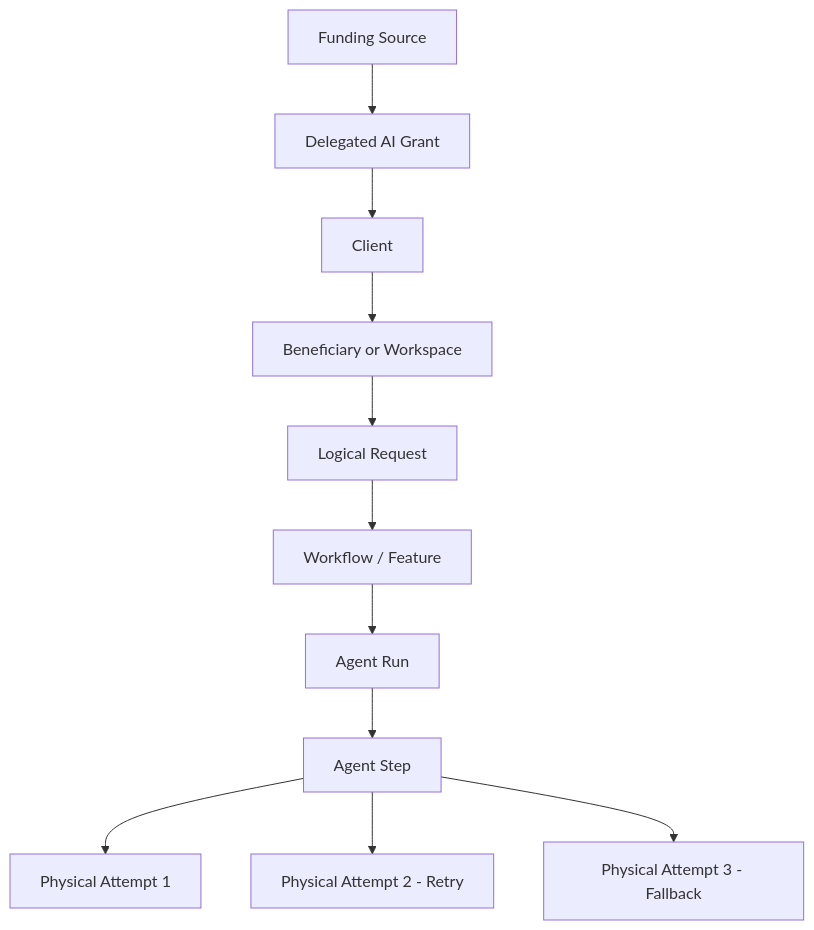
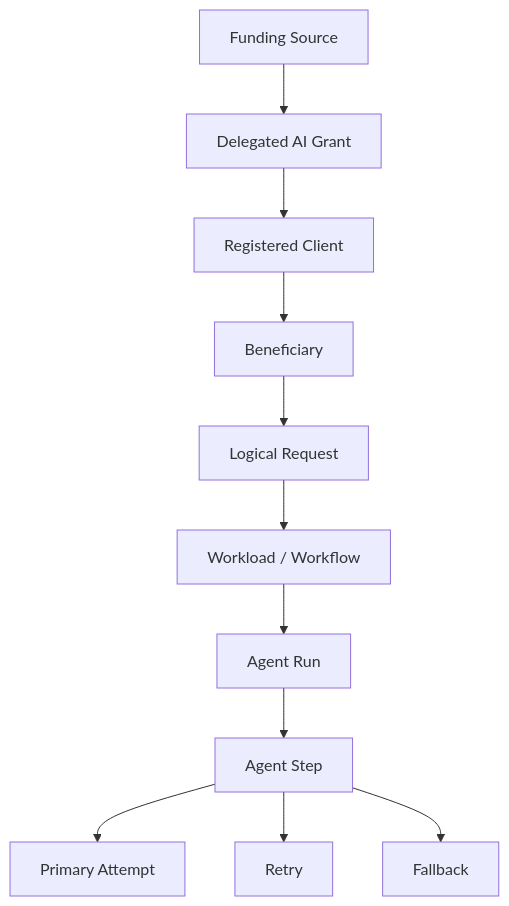
One commit to MJohnstonAI/ai-billing-delegation changed the second of 2 diagrams in README.md. Above: the diagram before and after it, drawn with Mermaid. The commit also changed other lines of this file, not shown here.

````diff
--- a/README.md
+++ b/README.md
@@ -120,13 +128,13 @@
 ```mermaid
 flowchart TD
     FS[Funding Source] --> DG[Delegated AI Grant]
-    DG --> C[Client]
-    C --> BW[Beneficiary or Workspace]
-    BW --> R[Logical Request]
-    R --> WF[Workflow / Feature]
-    WF --> AR[Agent Run]
+    DG --> C[Registered Client]
+    C --> B[Beneficiary]
+    B --> R[Logical Request]
+    R --> W[Workload / Workflow]
+    W --> AR[Agent Run]
     AR --> AS[Agent Step]
-    AS --> PA1[Physical Attempt 1]
-    AS --> PA2[Physical Attempt 2 - Retry]
-    AS --> PA3[Physical Attempt 3 - Fallback]
+    AS --> A1[Primary Attempt]
+    AS --> A2[Retry]
+    AS --> A3[Fallback]
 ```
````
